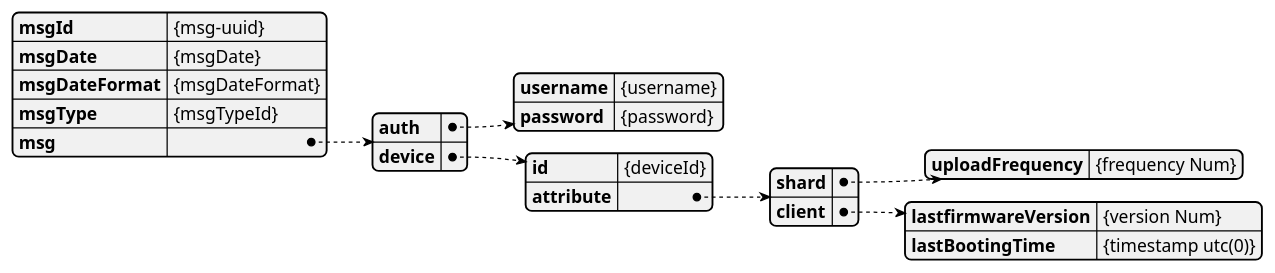
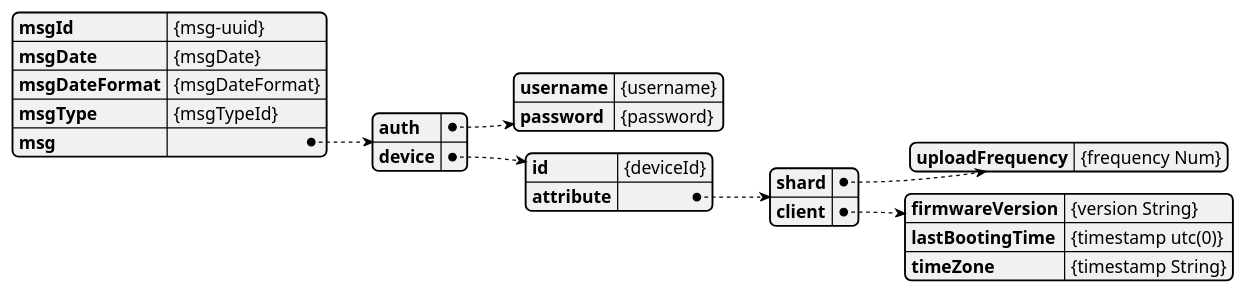
The first of 2 diagrams in docs/HTTP-API-2.DeviceRegister.md (RTdataLab/DE-ADeep-API-Guide), drawn with PlantUML before and after one commit. The commit also changed other lines of this file and 1 other file, not shown here.

Commit message:
[feat]  - REST API Client Attribute 변경 사항 　1. lastFirmwareVersion -> firmwareVersion 　2. firmwareVersion 의 값 타입 변경 Number -> String 　3. timeZone 추가

````diff
--- a/docs/HTTP-API-2.DeviceRegister.md
+++ b/docs/HTTP-API-2.DeviceRegister.md
@@ -208,21 +212,23 @@
 ```plantuml
 @startjson
 {
   "msgId": "{msg-uuid}",
   "msgDate": "{msgDate}",
   "msgDateFormat": "{msgDateFormat}",
   "msgType": "{msgTypeId}",
   "msg": {
     "auth": {"username": "{username}", "password": "{password}"},
     "device": {
       "id":"{deviceId}",
       "attribute": {
         "shard": {"uploadFrequency": "{frequency Num}"},
-        "client": {"lastfirmwareVersion": "{version Num}", 
-                   "lastBootingTime": "{timestamp utc(0)}"}
+        "client": {"firmwareVersion": "{version String}", 
+                   "lastBootingTime": "{timestamp utc(0)}",
+                   "timeZone": "{timestamp String}"
+                   }
       }
     }
   }
 }
 @endjson 
 ```
````
